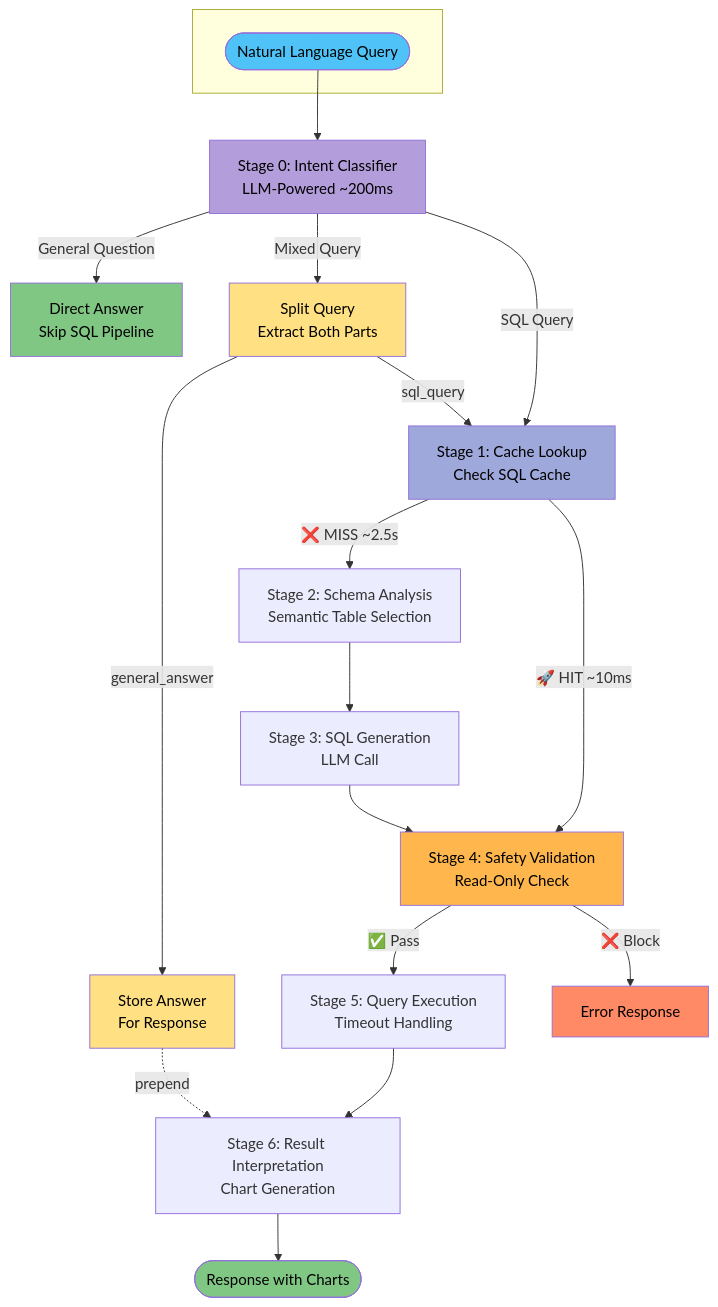
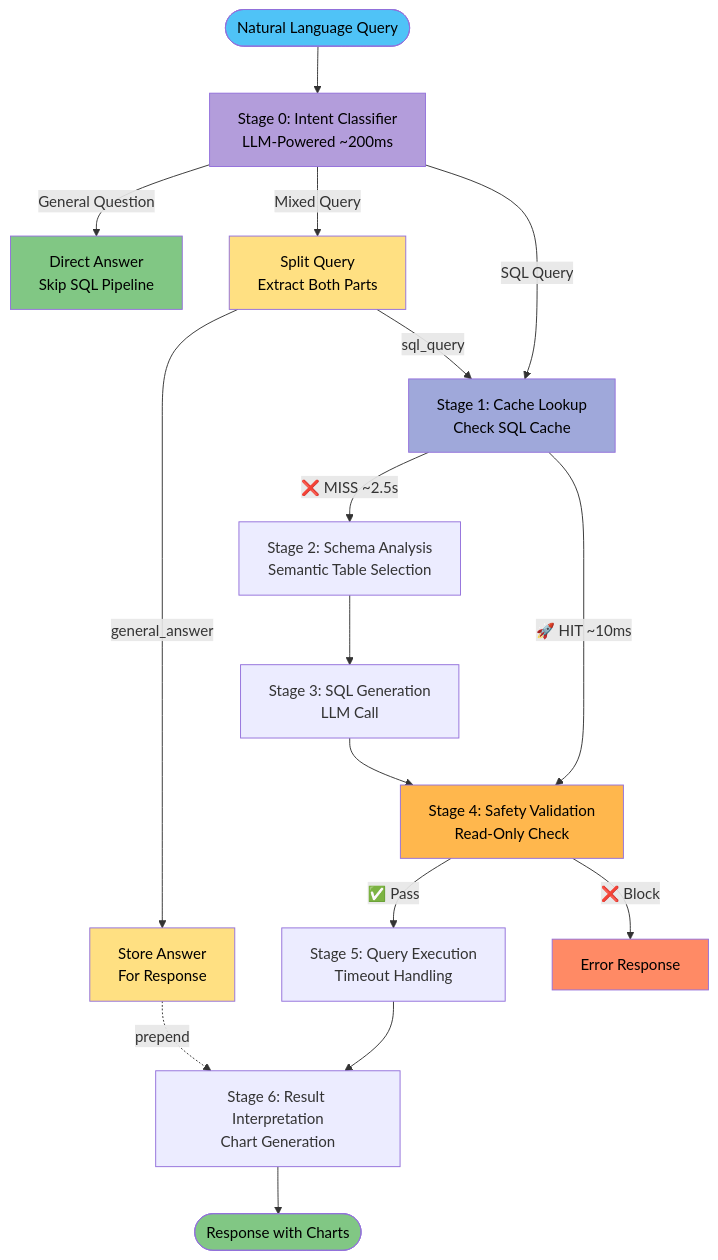
Before and after one commit to keo571/netquery: the diagram in README.md, drawn with Mermaid.

Commit message:
docs: Remove subgraph wrapper from flowchart input
🤖 Generated with [Claude Code](https://claude.com/claude-code)

````diff
--- a/README.md
+++ b/README.md
@@ -9,35 +9,31 @@
 ```mermaid
 flowchart TD
-    subgraph Input[" "]
-        A([Natural Language Query])
-    end
-
-    A --> IC[Stage 0: Intent Classifier<br/>LLM-Powered ~200ms]
+    A([Natural Language Query]) --> IC[Stage 0: Intent Classifier<br/>LLM-Powered ~200ms]
     IC -->|General Question| GA[Direct Answer<br/>Skip SQL Pipeline]
     IC -->|SQL Query| CL[Stage 1: Cache Lookup<br/>Check SQL Cache]
     IC -->|Mixed Query| SPLIT[Split Query<br/>Extract Both Parts]
 
     SPLIT -->|general_answer| STORE[Store Answer<br/>For Response]
     SPLIT -->|sql_query| CL
 
     CL -->|🚀 HIT ~10ms| V[Stage 4: Safety Validation<br/>Read-Only Check]
     CL -->|❌ MISS ~2.5s| B[Stage 2: Schema Analysis<br/>Semantic Table Selection]
 
     B --> C[Stage 3: SQL Generation<br/>LLM Call]
     C --> V
     V -->|✅ Pass| E[Stage 5: Query Execution<br/>Timeout Handling]
     V -->|❌ Block| H[Error Response]
     E --> F[Stage 6: Result Interpretation<br/>Chart Generation]
     STORE -.->|prepend| F
     F --> G([Response with Charts])
 
     style A fill:#4FC3F7,color:#000
     style IC fill:#B39DDB,color:#000
     style CL fill:#9FA8DA,color:#000
     style G fill:#81C784,color:#000
     style GA fill:#81C784,color:#000
     style H fill:#FF8A65,color:#000
     style V fill:#FFB74D,color:#000
     style SPLIT fill:#FFE082,color:#000
     style STORE fill:#FFE082,color:#000
 ```
````
